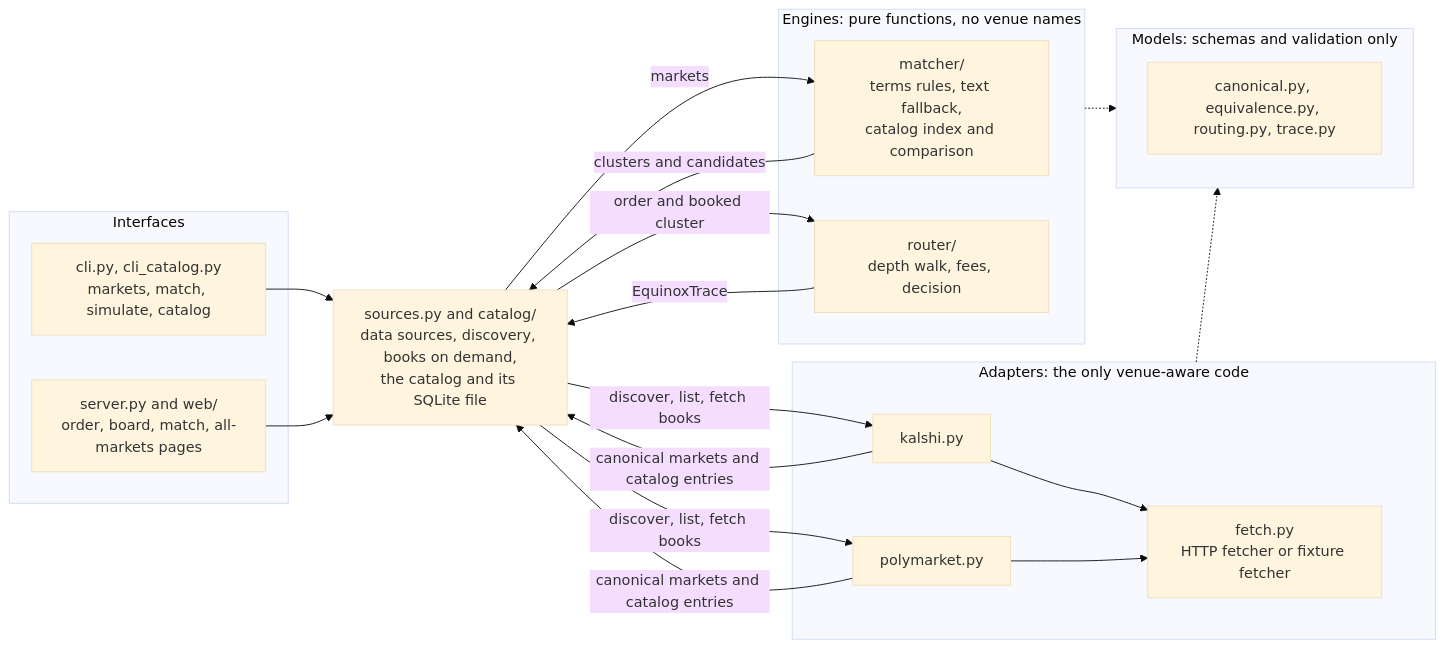
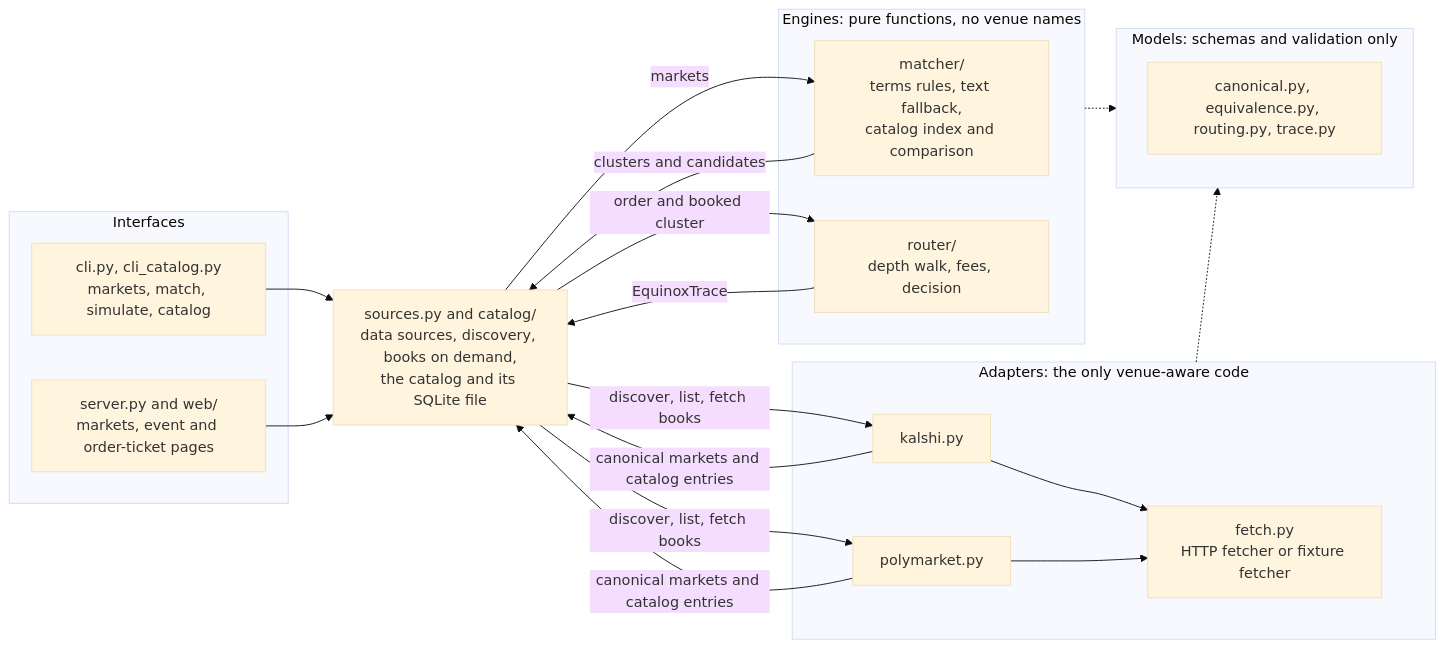
One commit to joshuatagoe/project-equinox changed the diagram in README.md. Above: the diagram before and after it, drawn with Mermaid (base theme). The commit also changed other lines of this file and 36 other files, not shown here.

````diff
--- a/README.md
+++ b/README.md
@@ -113,30 +112,30 @@
 ```mermaid
 flowchart LR
     subgraph IN["Interfaces"]
         CLI["cli.py, cli_catalog.py<br/>markets, match, simulate, catalog"]
-        UI["server.py and web/<br/>order, board, match, all-markets pages"]
+        UI["server.py and web/<br/>markets, event and order-ticket pages"]
     end
     SRC["sources.py and catalog/<br/>data sources, discovery, books on demand,<br/>the catalog and its SQLite file"]
     subgraph AD["Adapters: the only venue-aware code"]
         K["kalshi.py"]
         P["polymarket.py"]
         F["fetch.py<br/>HTTP fetcher or fixture fetcher"]
     end
     subgraph EN["Engines: pure functions, no venue names"]
         MA["matcher/<br/>terms rules, text fallback,<br/>catalog index and comparison"]
         RO["router/<br/>depth walk, fees, decision"]
     end
     subgraph MO["Models: schemas and validation only"]
         CM["canonical.py, equivalence.py, routing.py, trace.py"]
     end
     CLI & UI --> SRC
     SRC -->|discover, list, fetch books| K & P
     K & P --> F
     K & P -->|canonical markets and catalog entries| SRC
     SRC -->|markets| MA
     MA -->|clusters and candidates| SRC
     SRC -->|order and booked cluster| RO
     RO -->|EquinoxTrace| SRC
     AD -.-> MO
     EN -.-> MO
 ```
````
